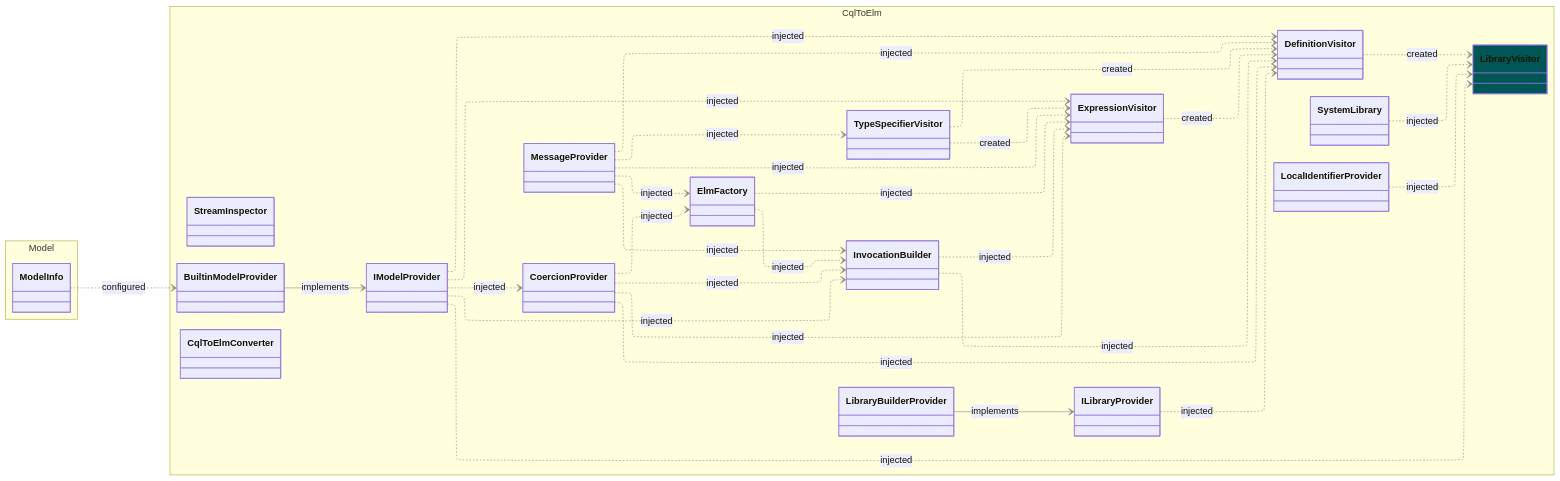
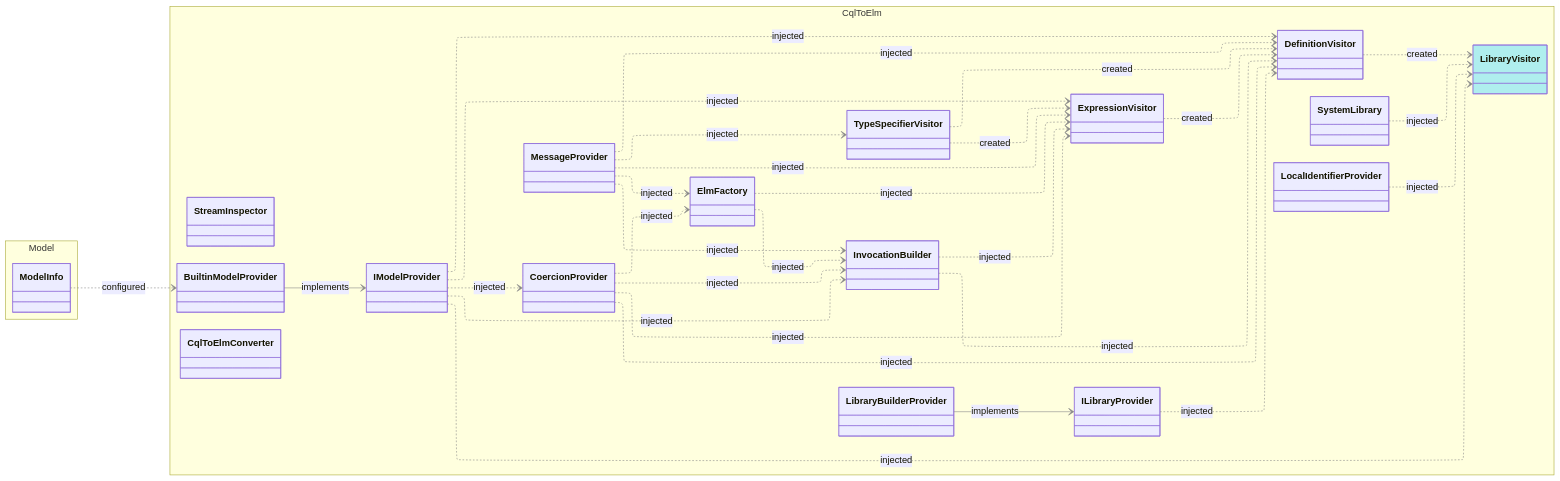
Before and after one commit to FirelyTeam/firely-cql-sdk: the diagram in docs/diagrams/dependency-diagrams.cql-toolkit-services.mmd, drawn with Mermaid. The commit also changed 3 other files, not shown here.

First line of the commit message:
Fix illegible dark text on dark-cyan fill for scoped-service diagram nodes

```diff
--- a/docs/diagrams/dependency-diagrams.cql-toolkit-services.mmd
+++ b/docs/diagrams/dependency-diagrams.cql-toolkit-services.mmd
@@ -1,78 +1,78 @@
 %%{init: {
     'layout': 'elk',
     'themeVariables':{
       'lineColor': '#888',
       'lineWidth': 4
 }}}%%
 
 classDiagram
 
     direction LR
 
     namespace CqlToElm {
         class CqlToElmConverter { }
         class LibraryBuilderProvider { }
         class LibraryVisitor { }
         class DefinitionVisitor { }
         class ExpressionVisitor { }
         class TypeSpecifierVisitor { }
         class ILibraryProvider { }
         class IModelProvider { }
         class CoercionProvider { }
         class ElmFactory { }
         class SystemLibrary { }
         class StreamInspector { }
         class InvocationBuilder { }
         class LocalIdentifierProvider { }
         class MessageProvider { }
         class BuiltinModelProvider { }
     }
 
     namespace Model {
         class ModelInfo { }
     }
 
     %% Style Scoped Types as Cyan
-    style LibraryVisitor fill:#055
+    style LibraryVisitor fill:#AFEEEE
 
     %% Inheritance / implements
     BuiltinModelProvider --> IModelProvider : implements
     LibraryBuilderProvider --> ILibraryProvider : implements
 
     %% Dependencies (injected)                                                 
     SystemLibrary ..> LibraryVisitor : injected
     IModelProvider ..> LibraryVisitor : injected
     LocalIdentifierProvider ..> LibraryVisitor : injected
 
     IModelProvider ..> DefinitionVisitor : injected
     ILibraryProvider ..> DefinitionVisitor : injected
     CoercionProvider ..> DefinitionVisitor : injected
     MessageProvider ..> DefinitionVisitor : injected
     InvocationBuilder ..> DefinitionVisitor : injected
 
     IModelProvider ..> ExpressionVisitor : injected
     CoercionProvider ..> ExpressionVisitor : injected
     ElmFactory ..> ExpressionVisitor : injected
     MessageProvider ..> ExpressionVisitor : injected
     InvocationBuilder ..> ExpressionVisitor : injected
 
     MessageProvider ..> TypeSpecifierVisitor : injected
 
     IModelProvider ..> InvocationBuilder : injected
     CoercionProvider ..> InvocationBuilder : injected
     ElmFactory ..> InvocationBuilder : injected
     MessageProvider ..> InvocationBuilder : injected
 
     IModelProvider ..> CoercionProvider : injected
 
     CoercionProvider ..> ElmFactory : injected
     MessageProvider ..> ElmFactory : injected
 
     %% Dependencies (factory-created per LibraryBuilder)
     DefinitionVisitor ..> LibraryVisitor : created
     ExpressionVisitor ..> DefinitionVisitor : created
     TypeSpecifierVisitor ..> DefinitionVisitor : created
     TypeSpecifierVisitor ..> ExpressionVisitor : created
 
     %% Configuration
     ModelInfo ..> BuiltinModelProvider : configured
```
